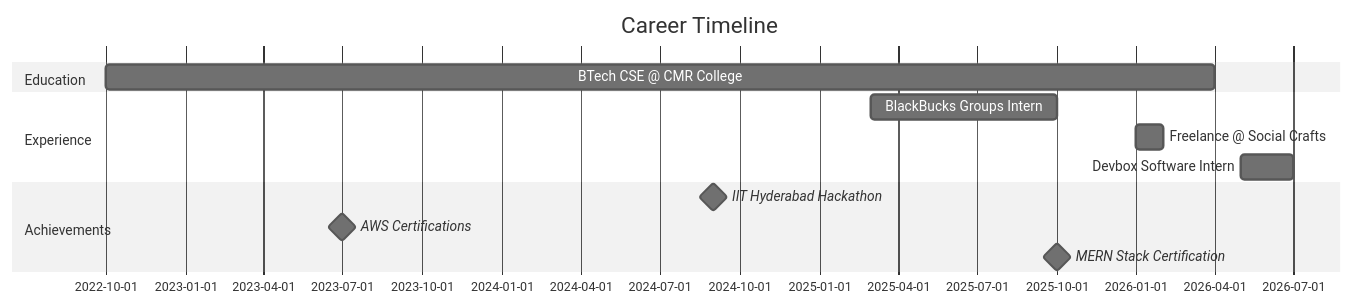
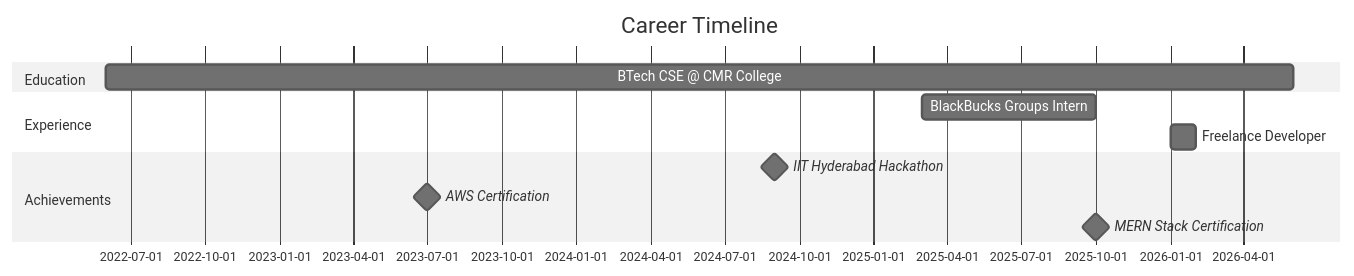
The diagram in README.md (haarish73/haarish73), drawn with Mermaid (neutral theme) before and after one commit. The commit also changed other lines of this file, not shown here.

````diff
--- a/README.md
+++ b/README.md
@@ -203,15 +211,14 @@
 ```mermaid
 gantt
     title Career Timeline
     dateFormat YYYY-MM
     section Education
-    BTech CSE @ CMR College        :2022-10, 2026-04
+    BTech CSE @ CMR College    :2022-06, 2026-06
     section Experience
-    BlackBucks Groups Intern       :2025-03, 2025-10
-    Freelance @ Social Crafts      :2026-01, 2026-02
-    Devbox Software Intern         :2026-05, 2026-07
+    BlackBucks Groups Intern   :2025-03, 2025-10
+    Freelance Developer        :2026-01, 2026-02
     section Achievements
-    IIT Hyderabad Hackathon        :milestone, 2024-09, 0d
-    AWS Certifications             :milestone, 2023-07, 0d
-    MERN Stack Certification       :milestone, 2025-10, 0d
+    IIT Hyderabad Hackathon    :milestone, 2024-09, 0d
+    AWS Certification          :milestone, 2023-07, 0d
+    MERN Stack Certification   :milestone, 2025-10, 0d
 ```
````
